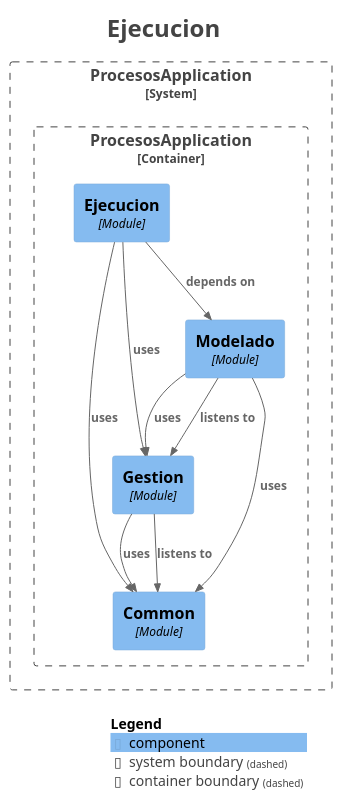
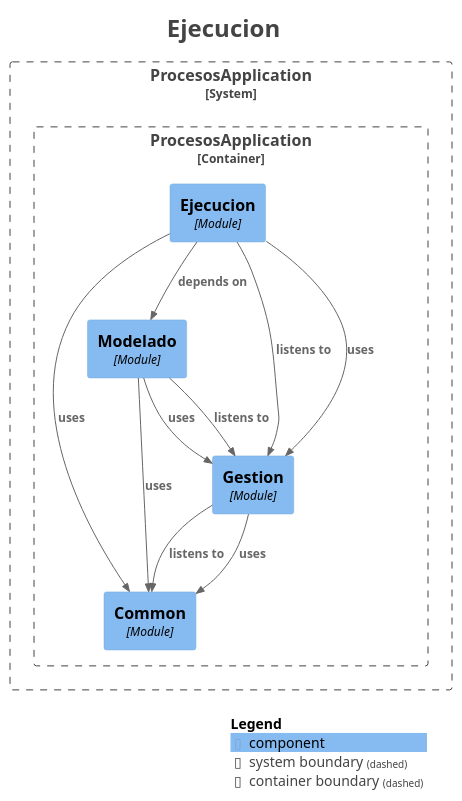
One commit to AndresContreras1/bpmn-process-manager-api changed the diagram in docs/modules/module-ejecucion.puml. Above: the diagram before and after it, drawn with PlantUML. The commit also changed 78 other files, not shown here.

```diff
--- a/docs/modules/module-ejecucion.puml
+++ b/docs/modules/module-ejecucion.puml
@@ -1,39 +1,40 @@
 @startuml
 title <size:24>Ejecucion</size>
 
 set separator none
 top to bottom direction
 
 <style>
   root {
     BackgroundColor: #ffffff
     FontColor: #444444
   }
 </style>
 
 !include <C4/C4>
 !include <C4/C4_Context>
 !include <C4/C4_Component>
 
 System_Boundary("ProcesosApplication_boundary", "ProcesosApplication", $tags="") {
   Container_Boundary("ProcesosApplication.ProcesosApplication_boundary", "ProcesosApplication", $tags="") {
     Component(ProcesosApplication.ProcesosApplication.Common, "Common", $techn="Module", $descr="", $tags="", $link="")
     Component(ProcesosApplication.ProcesosApplication.Gestion, "Gestion", $techn="Module", $descr="", $tags="", $link="")
     Component(ProcesosApplication.ProcesosApplication.Modelado, "Modelado", $techn="Module", $descr="", $tags="", $link="")
     Component(ProcesosApplication.ProcesosApplication.Ejecucion, "Ejecucion", $techn="Module", $descr="", $tags="", $link="")
   }
 
 }
 
-Rel(ProcesosApplication.ProcesosApplication.Gestion, ProcesosApplication.ProcesosApplication.Common, "uses", $techn="", $tags="", $link="")
-Rel(ProcesosApplication.ProcesosApplication.Modelado, ProcesosApplication.ProcesosApplication.Gestion, "listens to", $techn="", $tags="", $link="")
 Rel(ProcesosApplication.ProcesosApplication.Modelado, ProcesosApplication.ProcesosApplication.Gestion, "uses", $techn="", $tags="", $link="")
 Rel(ProcesosApplication.ProcesosApplication.Modelado, ProcesosApplication.ProcesosApplication.Common, "uses", $techn="", $tags="", $link="")
+Rel(ProcesosApplication.ProcesosApplication.Gestion, ProcesosApplication.ProcesosApplication.Common, "listens to", $techn="", $tags="", $link="")
+Rel(ProcesosApplication.ProcesosApplication.Gestion, ProcesosApplication.ProcesosApplication.Common, "uses", $techn="", $tags="", $link="")
+Rel(ProcesosApplication.ProcesosApplication.Ejecucion, ProcesosApplication.ProcesosApplication.Gestion, "listens to", $techn="", $tags="", $link="")
 Rel(ProcesosApplication.ProcesosApplication.Ejecucion, ProcesosApplication.ProcesosApplication.Modelado, "depends on", $techn="", $tags="", $link="")
 Rel(ProcesosApplication.ProcesosApplication.Ejecucion, ProcesosApplication.ProcesosApplication.Common, "uses", $techn="", $tags="", $link="")
 Rel(ProcesosApplication.ProcesosApplication.Ejecucion, ProcesosApplication.ProcesosApplication.Gestion, "uses", $techn="", $tags="", $link="")
-Rel(ProcesosApplication.ProcesosApplication.Gestion, ProcesosApplication.ProcesosApplication.Common, "listens to", $techn="", $tags="", $link="")
+Rel(ProcesosApplication.ProcesosApplication.Modelado, ProcesosApplication.ProcesosApplication.Gestion, "listens to", $techn="", $tags="", $link="")
 
 SHOW_LEGEND(true)
 hide stereotypes
 @enduml
```
